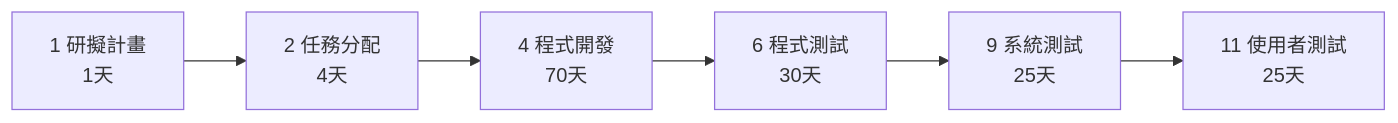
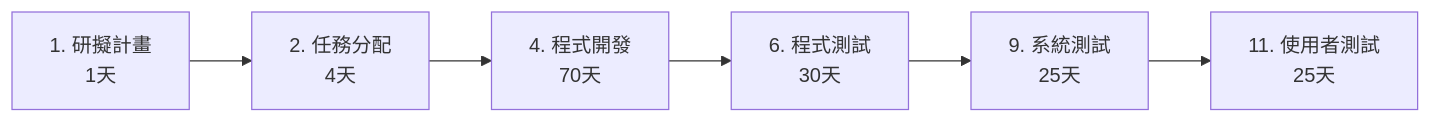
Before and after one commit to C112118243/114-b: the third of 3 diagrams in hw2.md, drawn with Mermaid.

````diff
--- a/hw2.md
+++ b/hw2.md
@@ -49,8 +49,8 @@
 ```mermaid
 graph LR
-A1[1 研擬計畫<br>1天] --> A2[2 任務分配<br>4天]
-A2 --> A4[4 程式開發<br>70天]
-A4 --> A6[6 程式測試<br>30天]
-A6 --> A9[9 系統測試<br>25天]
-A9 --> A11[11 使用者測試<br>25天]
+A1[1. 研擬計畫<br>1天] --> A2[2. 任務分配<br>4天]
+A2 --> A4[4. 程式開發<br>70天]
+A4 --> A6[6. 程式測試<br>30天]
+A6 --> A9[9. 系統測試<br>25天]
+A9 --> A11[11. 使用者測試<br>25天]
 ```
````
